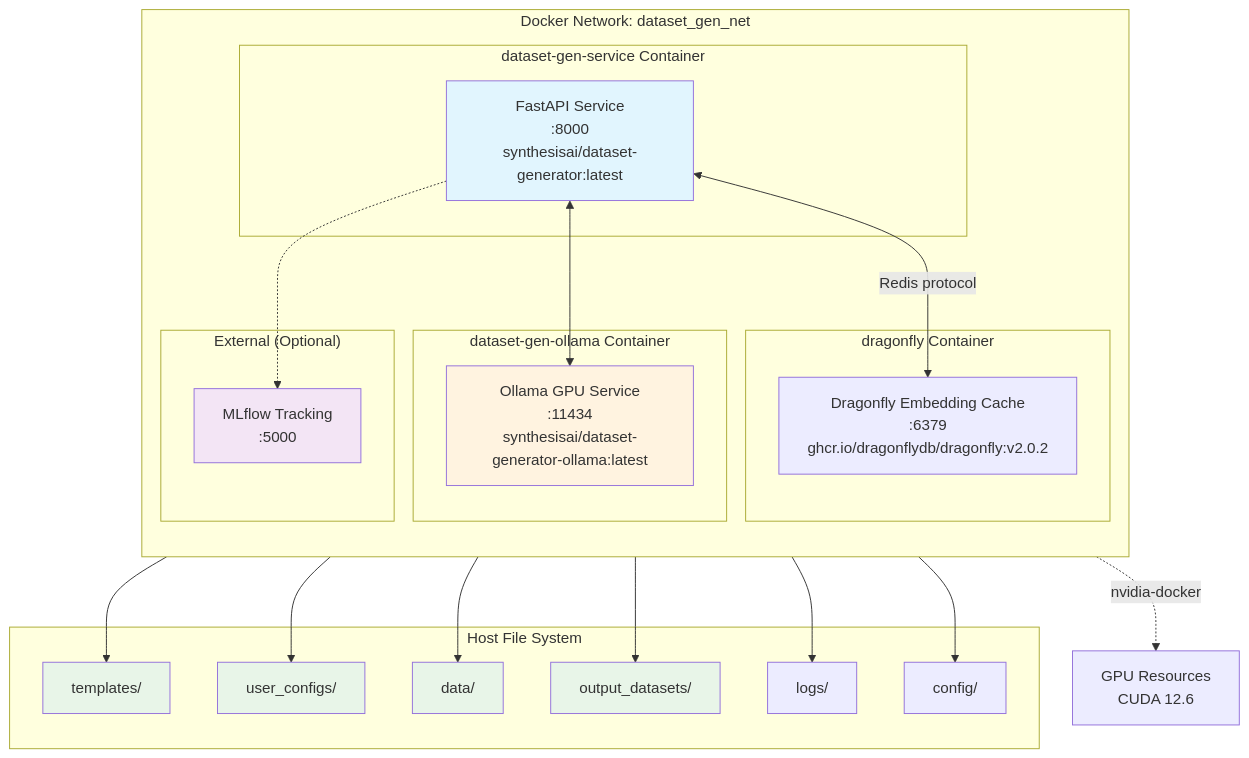
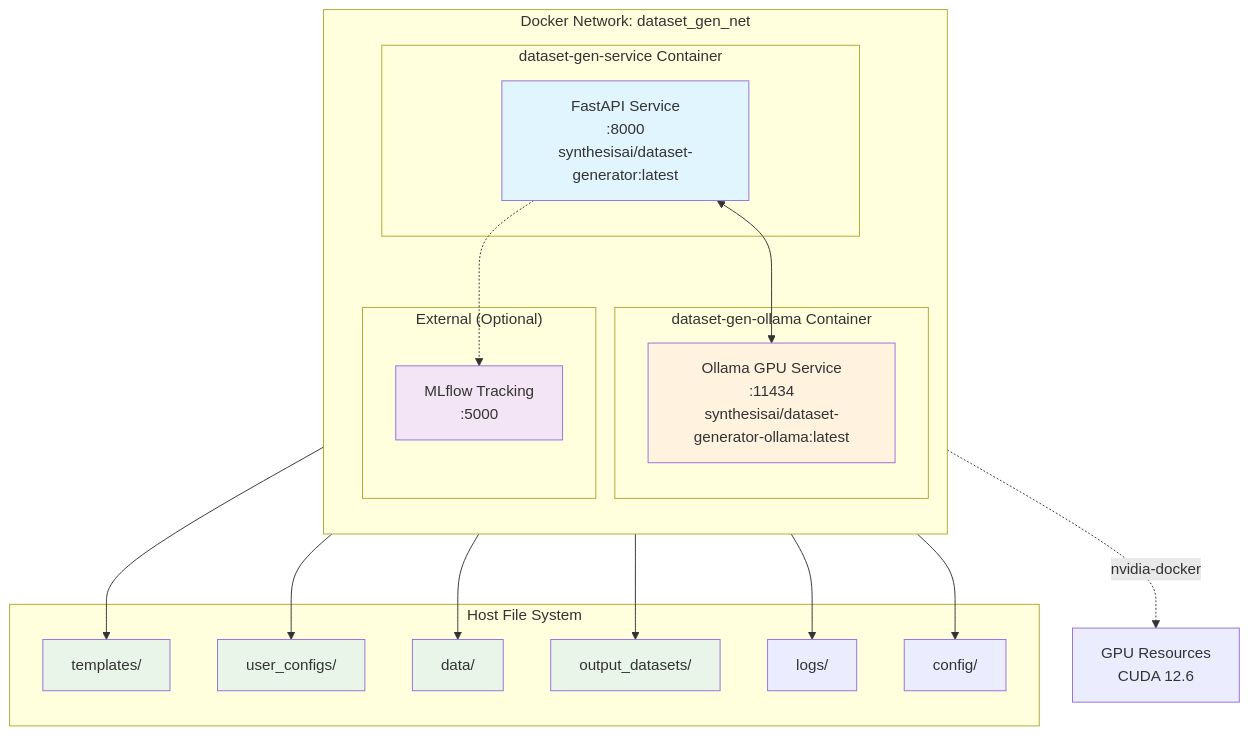
One commit to rootcodelabs/Dataset-Generator changed the second of 5 diagrams in docs/ARCHITECTURE.md. Above: the diagram before and after it, drawn with Mermaid. The commit also changed other lines of this file and 9 other files, not shown here.

````diff
--- a/docs/ARCHITECTURE.md
+++ b/docs/ARCHITECTURE.md
@@ -56,55 +56,50 @@
 ```mermaid
 graph TB
     subgraph "Docker Network: dataset_gen_net"
         direction TB
         
         subgraph "dataset-gen-service Container"
             API[FastAPI Service<br/>:8000<br/>synthesisai/dataset-generator:latest]
         end
         
         subgraph "dataset-gen-ollama Container" 
             Ollama[Ollama GPU Service<br/>:11434<br/>synthesisai/dataset-generator-ollama:latest]
-        end
-        
-        subgraph "dragonfly Container"
-            Cache[Dragonfly Embedding Cache<br/>:6379<br/>ghcr.io/dragonflydb/dragonfly:v2.0.2]
         end
         
         subgraph "External (Optional)"
             MLflow[MLflow Tracking<br/>:5000]
         end
     end
     
     subgraph "Host File System"
         Templates[templates/]
         UserConfigs[user_configs/]
         Data[data/]
         Output[output_datasets/]
         Logs[logs/]
         Config[config/]
     end
     
     %% Service connections
     API <--> Ollama
-    API <-->|Redis protocol| Cache
     API -.-> MLflow
     
     %% Volume mounts
     API --> Templates
     API --> UserConfigs
     API --> Data
     API --> Output
     API --> Logs
     API --> Config
     
     %% GPU access
     Ollama -.->|nvidia-docker| GPU[GPU Resources<br/>CUDA 12.6]
     
     style API fill:#e1f5fe
     style Ollama fill:#fff3e0
     style MLflow fill:#f3e5f5
     style Templates fill:#e8f5e8
     style UserConfigs fill:#e8f5e8
     style Data fill:#e8f5e8
     style Output fill:#e8f5e8
 ```
````
